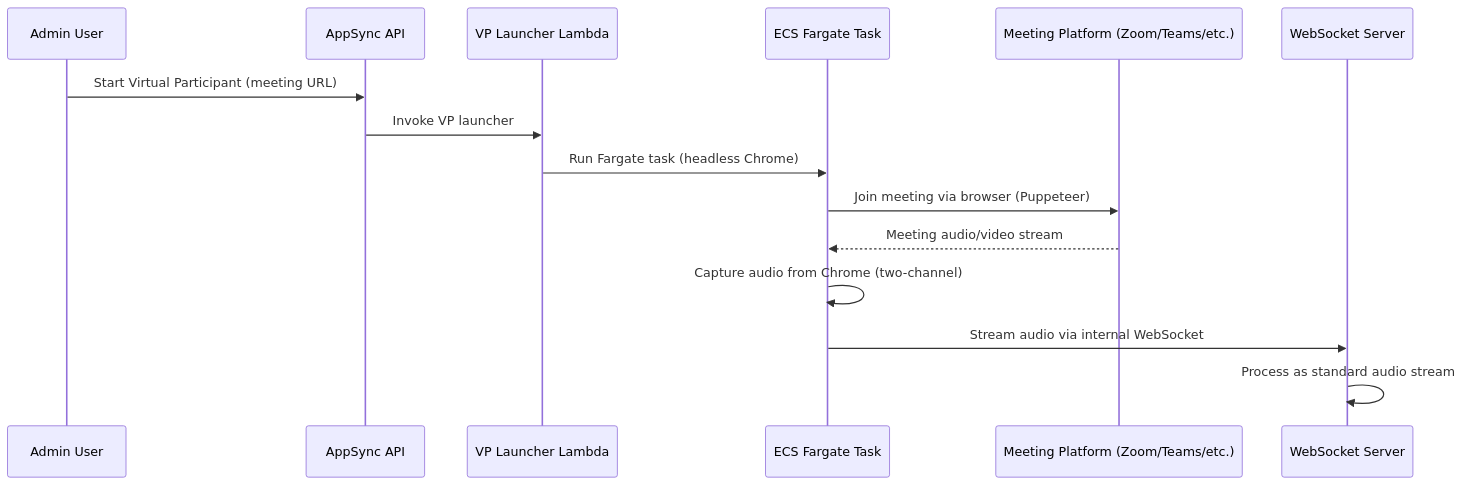
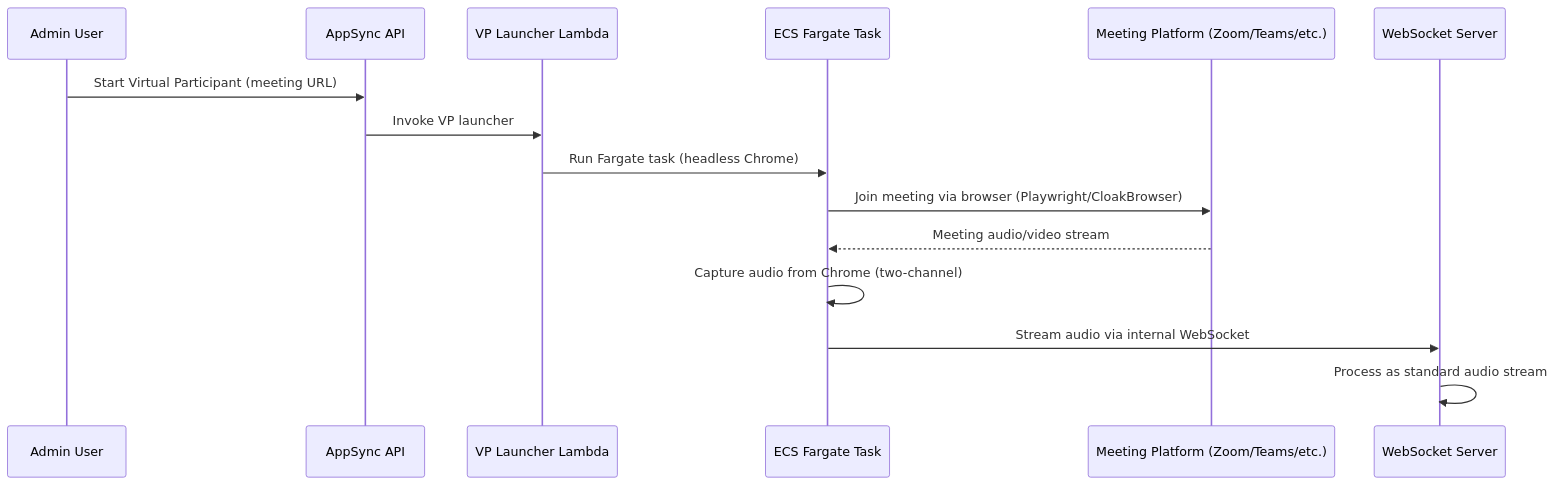
One commit to aws-samples/amazon-transcribe-live-meeting-assistant changed the second of 11 diagrams in threat-modeling/architecture/data-flows.md. Above: the diagram before and after it, drawn with Mermaid. The commit also changed 8 other files, not shown here.

````diff
--- a/threat-modeling/architecture/data-flows.md
+++ b/threat-modeling/architecture/data-flows.md
@@ -63,18 +63,18 @@
 ```mermaid
 sequenceDiagram
     participant Admin as Admin User
     participant AppSync as AppSync API
     participant Lambda as VP Launcher Lambda
     participant ECS as ECS Fargate Task
     participant Platform as Meeting Platform (Zoom/Teams/etc.)
     participant Fargate as WebSocket Server
 
     Admin->>AppSync: Start Virtual Participant (meeting URL)
     AppSync->>Lambda: Invoke VP launcher
     Lambda->>ECS: Run Fargate task (headless Chrome)
-    ECS->>Platform: Join meeting via browser (Puppeteer)
+    ECS->>Platform: Join meeting via browser (Playwright/CloakBrowser)
     Platform-->>ECS: Meeting audio/video stream
     ECS->>ECS: Capture audio from Chrome (two-channel)
     ECS->>Fargate: Stream audio via internal WebSocket
     Fargate->>Fargate: Process as standard audio stream
 ```
````
